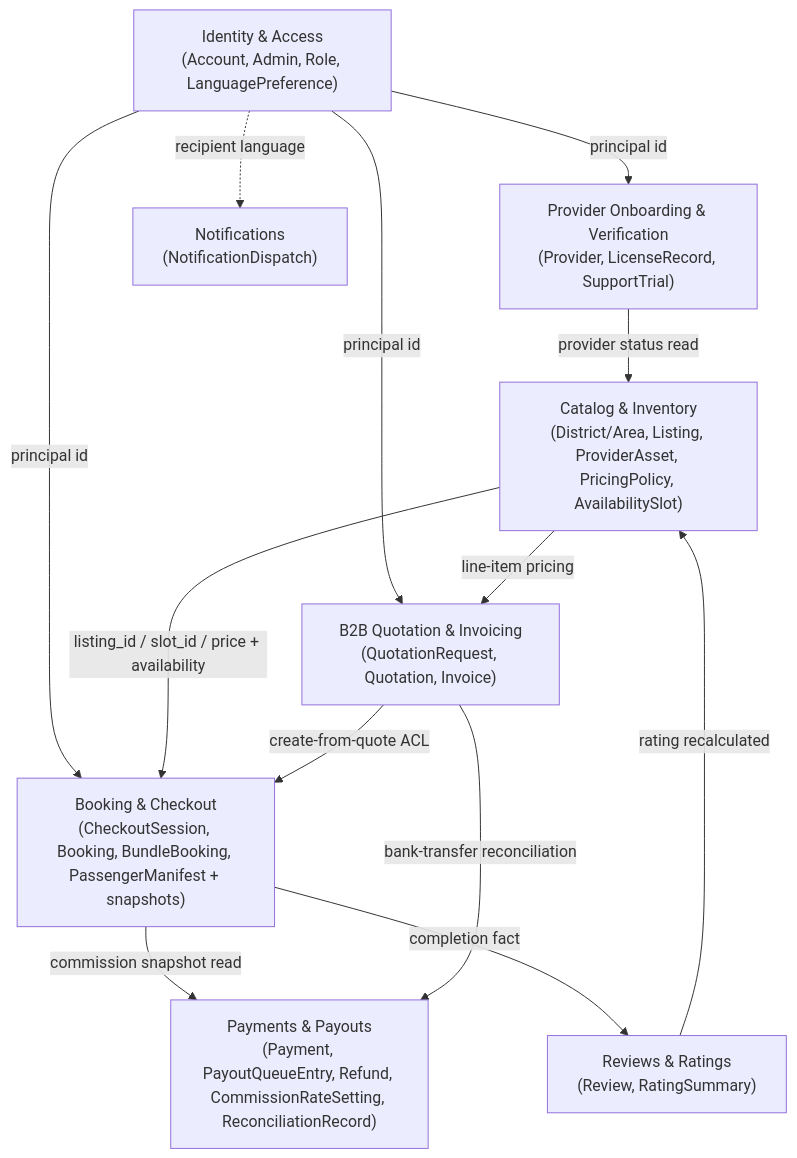
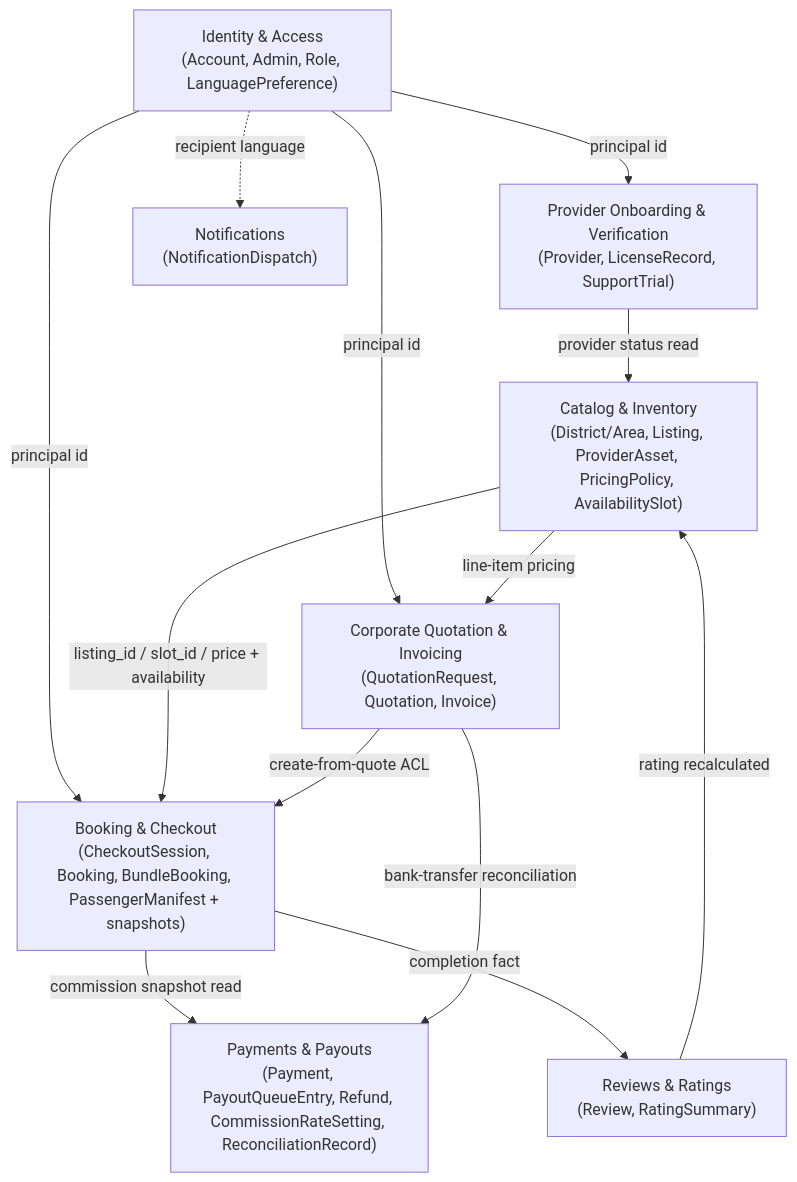
Before and after one commit to markmamba/redcab-docs: the second of 4 diagrams in docs/architecture/data-model/index.md, drawn with Mermaid. The commit also changed other lines of this file and 61 other files, not shown here.

````diff
--- a/docs/architecture/data-model/index.md
+++ b/docs/architecture/data-model/index.md
@@ -262,24 +262,24 @@
 ```mermaid
 graph TD
   IAM["Identity & Access\n(Account, Admin, Role, LanguagePreference)"]
   PRV["Provider Onboarding & Verification\n(Provider, LicenseRecord, SupportTrial)"]
   CAT["Catalog & Inventory\n(District/Area, Listing, ProviderAsset, PricingPolicy, AvailabilitySlot)"]
   BKG["Booking & Checkout\n(CheckoutSession, Booking, BundleBooking, PassengerManifest + snapshots)"]
   PAY["Payments & Payouts\n(Payment, PayoutQueueEntry, Refund, CommissionRateSetting, ReconciliationRecord)"]
-  B2B["B2B Quotation & Invoicing\n(QuotationRequest, Quotation, Invoice)"]
+  CORP["Corporate Quotation & Invoicing\n(QuotationRequest, Quotation, Invoice)"]
   REV["Reviews & Ratings\n(Review, RatingSummary)"]
   NOT["Notifications\n(NotificationDispatch)"]
 
   IAM -->|principal id| PRV
   IAM -->|principal id| BKG
-  IAM -->|principal id| B2B
+  IAM -->|principal id| CORP
   PRV -->|provider status read| CAT
   CAT -->|listing_id / slot_id / price + availability| BKG
-  CAT -->|line-item pricing| B2B
-  B2B -->|create-from-quote ACL| BKG
+  CAT -->|line-item pricing| CORP
+  CORP -->|create-from-quote ACL| BKG
   BKG -->|commission snapshot read| PAY
-  B2B -->|bank-transfer reconciliation| PAY
+  CORP -->|bank-transfer reconciliation| PAY
   BKG -->|completion fact| REV
   REV -->|rating recalculated| CAT
   IAM -. recipient language .-> NOT
 ```
````
